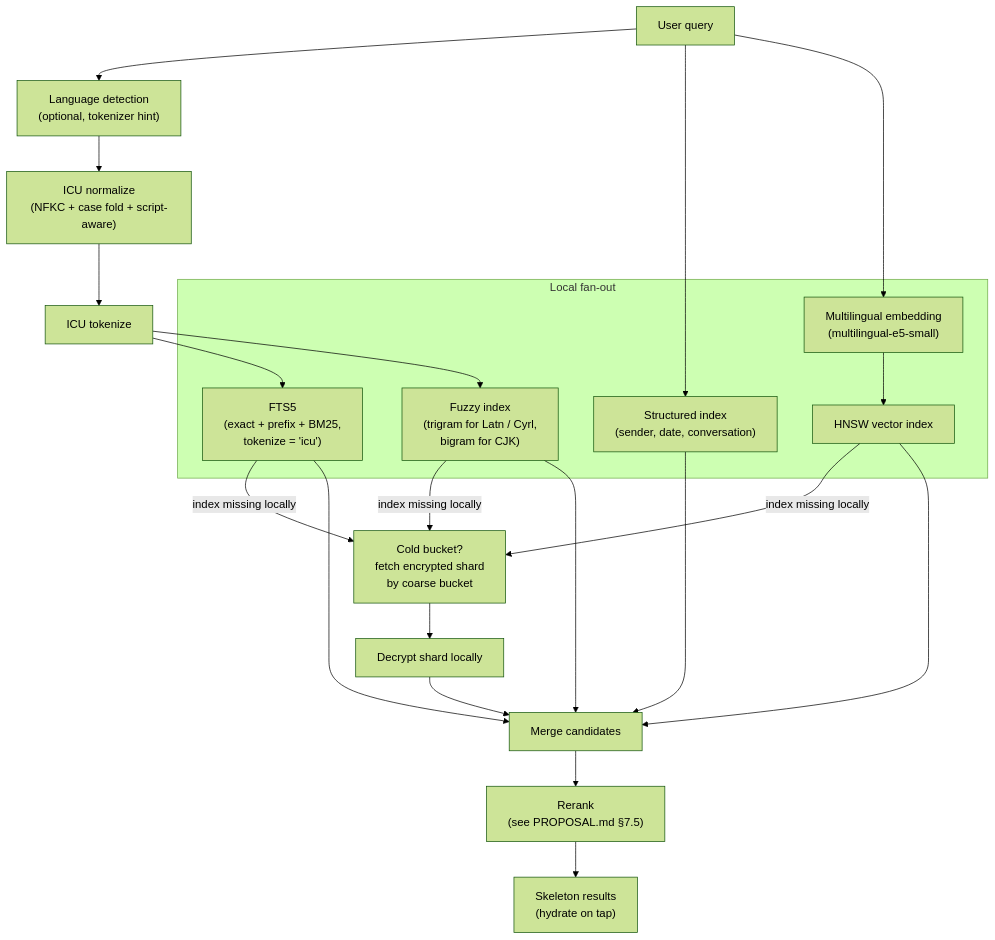
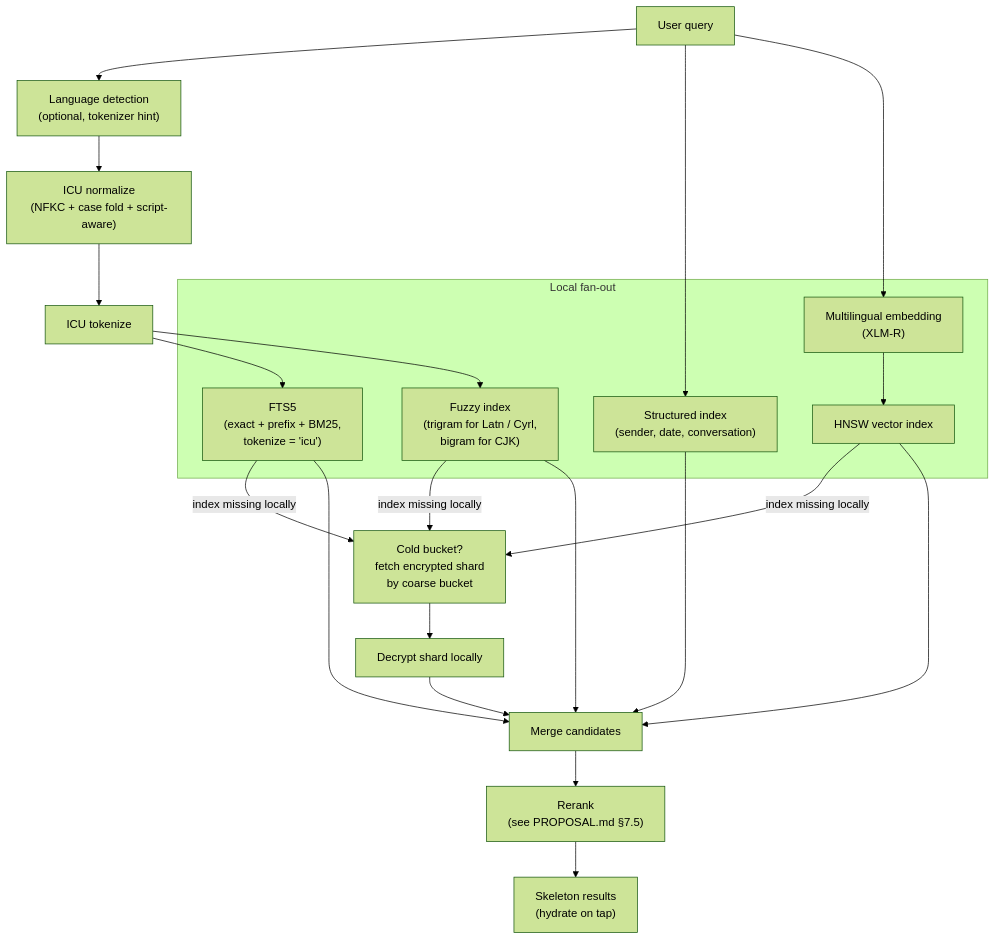
Before and after one commit to kennguy3n/chat-storage-search: the ninth of 30 diagrams in docs/ARCHITECTURE.md, drawn with Mermaid (forest theme). The commit also changed other lines of this file and 4 other files, not shown here.

````diff
--- a/docs/ARCHITECTURE.md
+++ b/docs/ARCHITECTURE.md
@@ -424,37 +424,37 @@
 ```mermaid
 flowchart TD
     Q["User query"]
     LD["Language detection<br/>(optional, tokenizer hint)"]
     NORM["ICU normalize<br/>(NFKC + case fold + script-aware)"]
     TOK["ICU tokenize"]
 
     subgraph Local["Local fan-out"]
         FTS["FTS5<br/>(exact + prefix + BM25,<br/>tokenize = 'icu')"]
         FZ["Fuzzy index<br/>(trigram for Latn / Cyrl,<br/>bigram for CJK)"]
         STRUCT["Structured index<br/>(sender, date, conversation)"]
-        EMB["Multilingual embedding<br/>(multilingual-e5-small)"]
+        EMB["Multilingual embedding<br/>(XLM-R)"]
         HNSW["HNSW vector index"]
     end
 
     Cold["Cold bucket?<br/>fetch encrypted shard<br/>by coarse bucket"]
     Decrypt["Decrypt shard locally"]
     Merge["Merge candidates"]
     Rerank["Rerank<br/>(see PROPOSAL.md §7.5)"]
     Out["Skeleton results<br/>(hydrate on tap)"]
 
     Q --> LD --> NORM --> TOK
     TOK --> FTS
     TOK --> FZ
     Q --> STRUCT
     Q --> EMB --> HNSW
     FTS -->|"index missing locally"| Cold
     FZ -->|"index missing locally"| Cold
     HNSW -->|"index missing locally"| Cold
     Cold --> Decrypt
     Decrypt --> Merge
     FTS --> Merge
     FZ --> Merge
     STRUCT --> Merge
     HNSW --> Merge
     Merge --> Rerank --> Out
 ```
````
